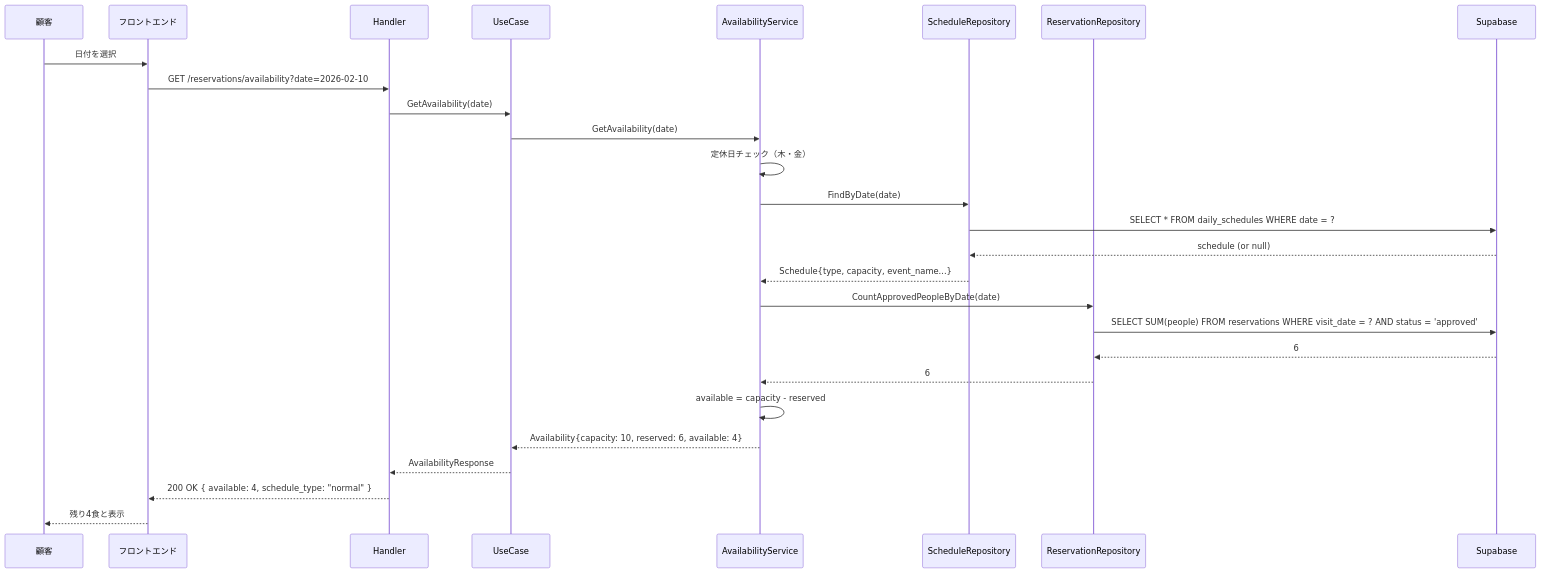
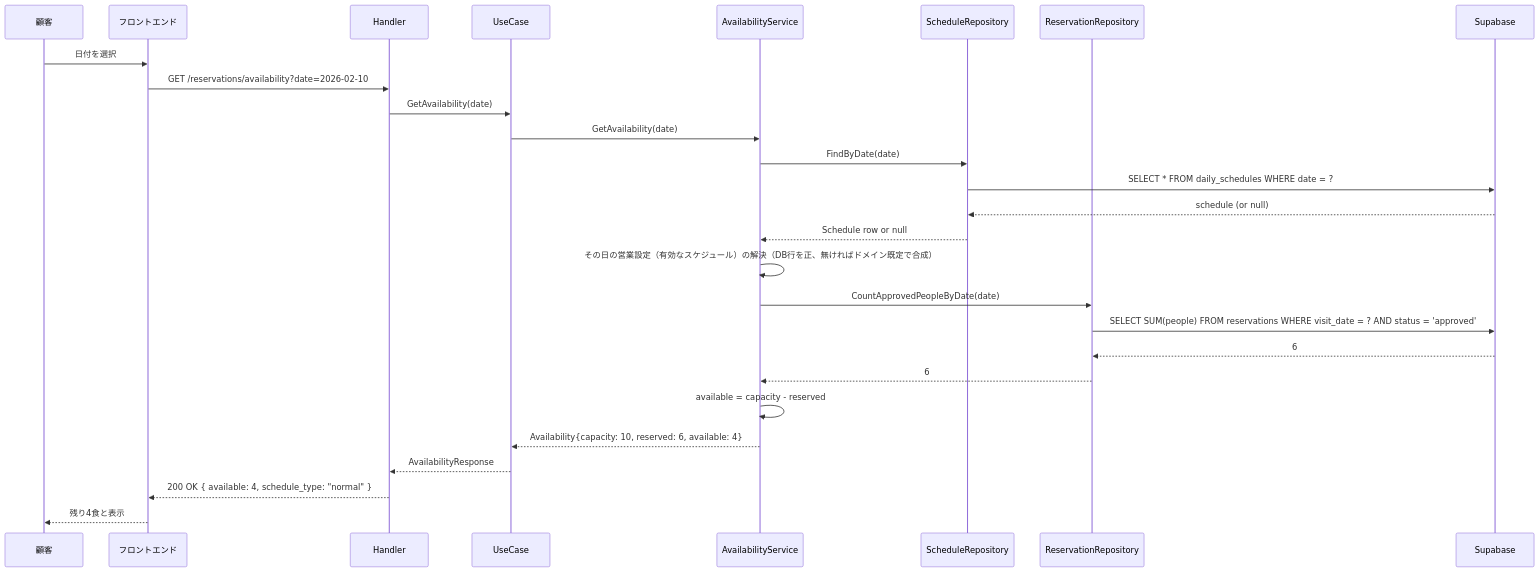
One commit to cergijame101007/satehits changed the first of 14 diagrams in docs/sequence.md. Above: the diagram before and after it, drawn with Mermaid. The commit also changed 30 other files, not shown here.

First line of the commit message:
feat: 予約作成・一覧APIの拡張とschema_migrations移行 (#7)

````diff
--- a/docs/sequence.md
+++ b/docs/sequence.md
@@ -5,36 +5,36 @@
 ```mermaid
 sequenceDiagram
     participant Customer as 顧客
     participant Frontend as フロントエンド
     participant Handler as Handler
     participant UseCase as UseCase
     participant AvailService as AvailabilityService
     participant ScheduleRepo as ScheduleRepository
     participant ReservationRepo as ReservationRepository
     participant DB as Supabase
 
     Customer->>Frontend: 日付を選択
     Frontend->>Handler: GET /reservations/availability?date=2026-02-10
     Handler->>UseCase: GetAvailability(date)
     
     UseCase->>AvailService: GetAvailability(date)
     
-    AvailService->>AvailService: 定休日チェック（木・金）
-    
     AvailService->>ScheduleRepo: FindByDate(date)
     ScheduleRepo->>DB: SELECT * FROM daily_schedules WHERE date = ?
     DB-->>ScheduleRepo: schedule (or null)
-    ScheduleRepo-->>AvailService: Schedule{type, capacity, event_name...}
+    ScheduleRepo-->>AvailService: Schedule row or null
+    
+    AvailService->>AvailService: その日の営業設定（有効なスケジュール）の解決（DB行を正、無ければドメイン既定で合成）
     
     AvailService->>ReservationRepo: CountApprovedPeopleByDate(date)
     ReservationRepo->>DB: SELECT SUM(people) FROM reservations WHERE visit_date = ? AND status = 'approved'
     DB-->>ReservationRepo: 6
     ReservationRepo-->>AvailService: 6
     
     AvailService->>AvailService: available = capacity - reserved
     AvailService-->>UseCase: Availability{capacity: 10, reserved: 6, available: 4}
     
     UseCase-->>Handler: AvailabilityResponse
     Handler-->>Frontend: 200 OK { available: 4, schedule_type: "normal" }
     Frontend-->>Customer: 残り4食と表示
 ```
````
